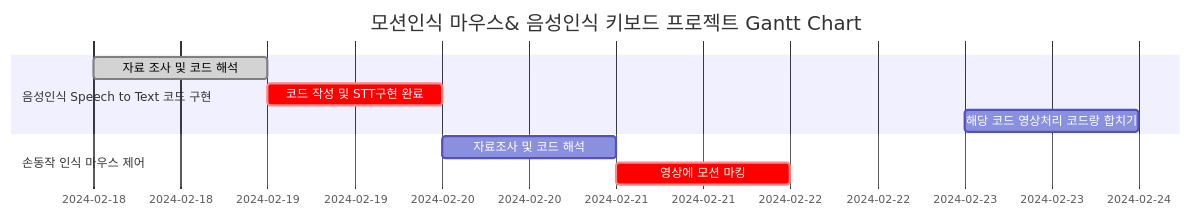
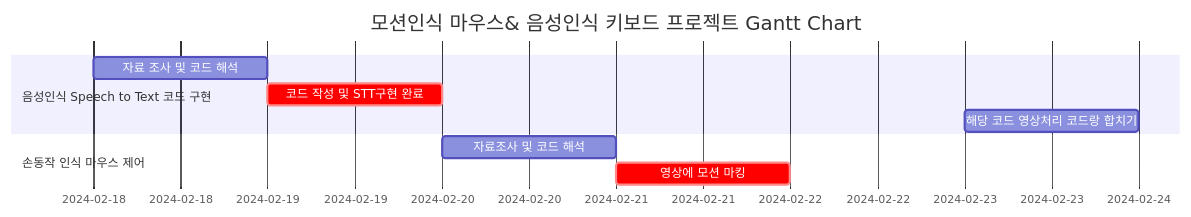
The diagram in README.md (CodeMystero/motionKeyboardMouse), drawn with Mermaid before and after one commit.

````diff
--- a/README.md
+++ b/README.md
@@ -57,14 +57,14 @@
 ```mermaid
 gantt
     dateFormat  MM-DD-YYYY
     title       모션인식 마우스& 음성인식 키보드 프로젝트 Gantt Chart
 	
 	section 음성인식 Speech to Text 코드 구현
-		자료 조사 및 코드 해석 :done, 2024-02-18, 1d
+		자료 조사 및 코드 해석 :2024-02-18, 1d
                 코드 작성 및 STT구현 완료  :crit, 2024-02-19, 1d
 		해당 코드 영상처리 코드랑 합치기 :2024-02-23, 1d
 	
 	section 손동작 인식 마우스 제어
 		자료조사 및 코드 해석	: 2024-02-20, 1d
                 영상에 모션 마킹  :crit, 2024-02-21, 1d
 ```
````
